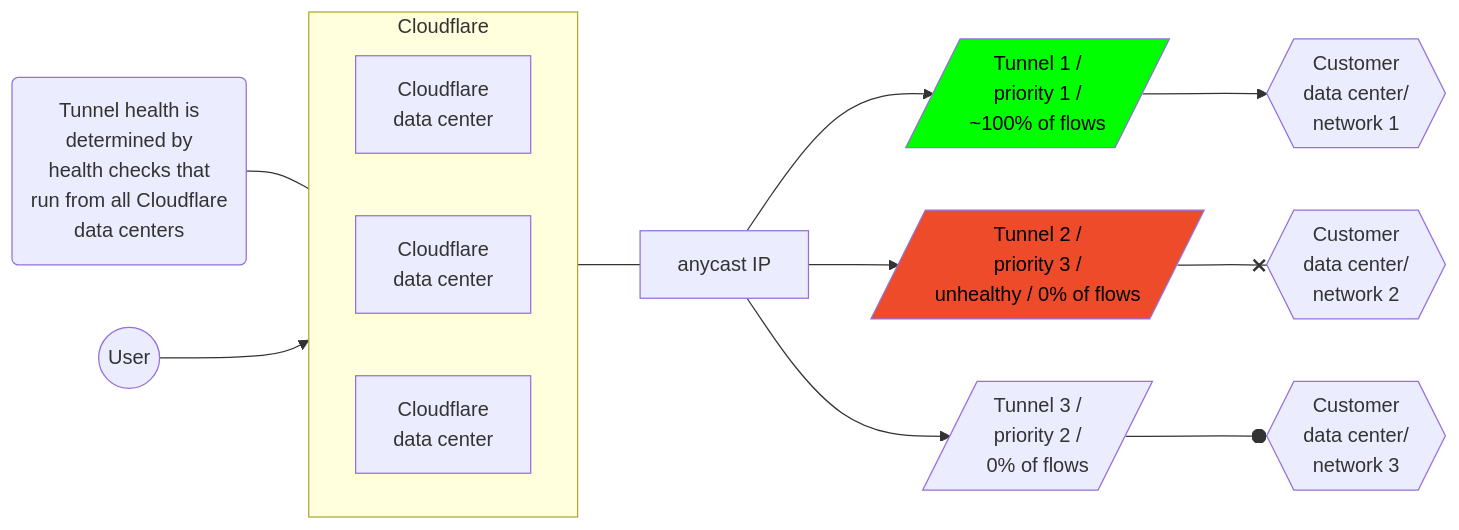
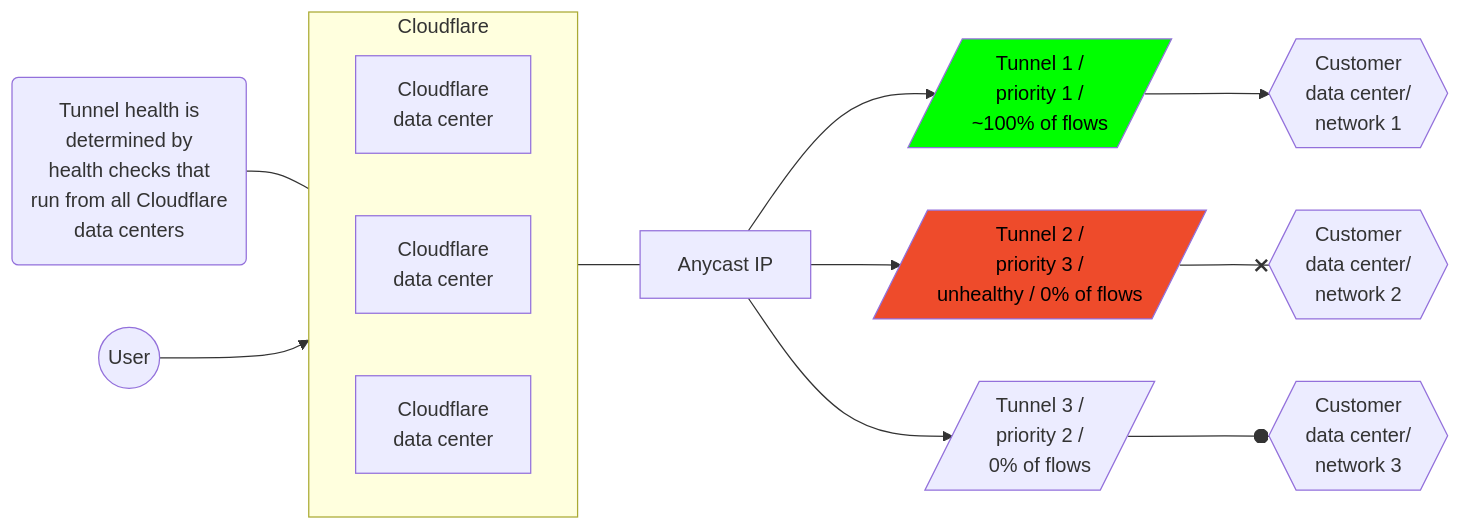
One commit to cloudflare/cloudflare-docs changed the third of 4 diagrams in content/magic-transit/_partials/_traffic-steering.md. Above: the diagram before and after it, drawn with Mermaid. The commit also changed other lines of this file and 2 other files, not shown here.

````diff
--- a/content/magic-transit/_partials/_traffic-steering.md
+++ b/content/magic-transit/_partials/_traffic-steering.md
@@ -87,20 +87,20 @@
 ```mermaid
 flowchart LR
 accTitle: Tunnels diagram
 accDescr: This example has Tunnel 2 unhealthy, and all traffic prioritized to Tunnel 1.
 
 subgraph Cloudflare
 direction LR
 B[Cloudflare <br> data center]
 C[Cloudflare <br> data center]
 D[Cloudflare <br> data center]
 end
 
 Z(Tunnel health is <br> determined by <br> health checks that <br> run from all Cloudflare <br> data centers) --- Cloudflare
-A((User)) --> Cloudflare --- E[anycast IP]
-E[anycast IP] --> F[/"Tunnel 1 / <br> priority 1 / <br> ~100% of flows"/]:::green --> I{{Customer <br> data center/ <br> network 1}}
-E[anycast IP] --> G[/Tunnel 2 / <br> priority 3 / <br> unhealthy / 0% of flows/]:::red --x J{{Customer <br> data center/ <br> network 2}}
-E[anycast IP] --> H[/Tunnel 3 / <br> priority 2 / <br> 0% of flows/] --o K{{Customer <br> data center/ <br> network 3}}
+A((User)) --> Cloudflare --- E[Anycast IP]
+E[Anycast IP] --> F[/"Tunnel 1 / <br> priority 1 / <br> ~100% of flows"/]:::green --> I{{Customer <br> data center/ <br> network 1}}
+E[Anycast IP] --> G[/Tunnel 2 / <br> priority 3 / <br> unhealthy / 0% of flows/]:::red --x J{{Customer <br> data center/ <br> network 2}}
+E[Anycast IP] --> H[/Tunnel 3 / <br> priority 2 / <br> 0% of flows/] --o K{{Customer <br> data center/ <br> network 3}}
 classDef red fill:#EE4B2B,color: black
 classDef green fill:#00FF00,color: black
 ```
````
